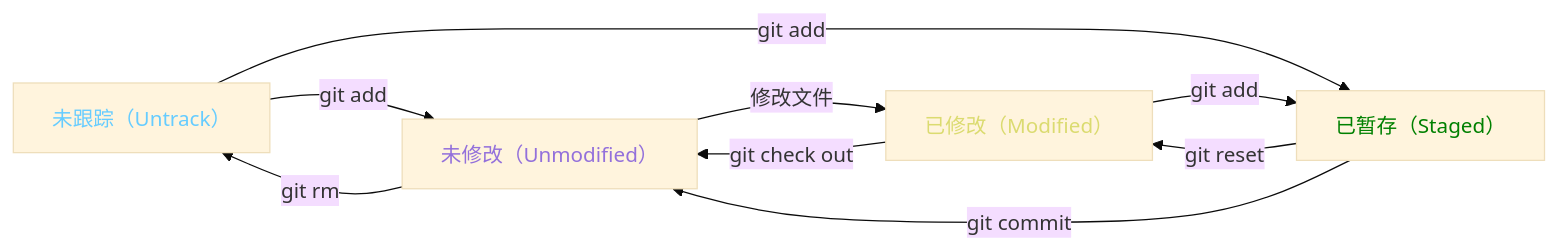
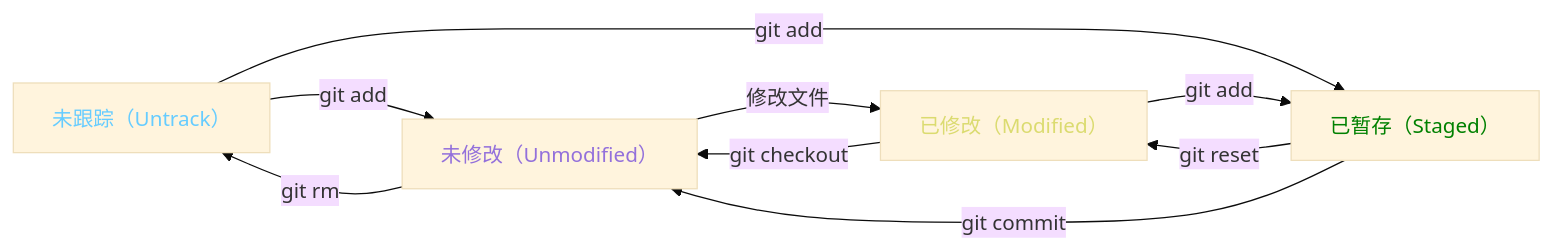
Before and after one commit to luofan-1/notes: the diagram in git/git.md, drawn with Mermaid (base theme). The commit also changed other lines of this file, not shown here.

````diff
--- a/git/git.md
+++ b/git/git.md
@@ -96,11 +96,11 @@
 ```mermaid
 graph LR
 	A[<font color="#66CCFF"> 未跟踪（Untrack）</font>]-->|git add|B[<font color="#9370DB">未修改（Unmodified）</font>]
 	B-->|修改文件|C[<font color="#DBDB70">已修改（Modified）</font>]
 	B-->|git rm|A
-	C-->|git check out|B
+	C-->|git checkout|B
 	D-->|git reset|C
 	A-->|git add|D
 	D-->|git commit|B
 	C-->|git add|D[<font color="green">已暂存（Staged）</font>]
 ```
````
